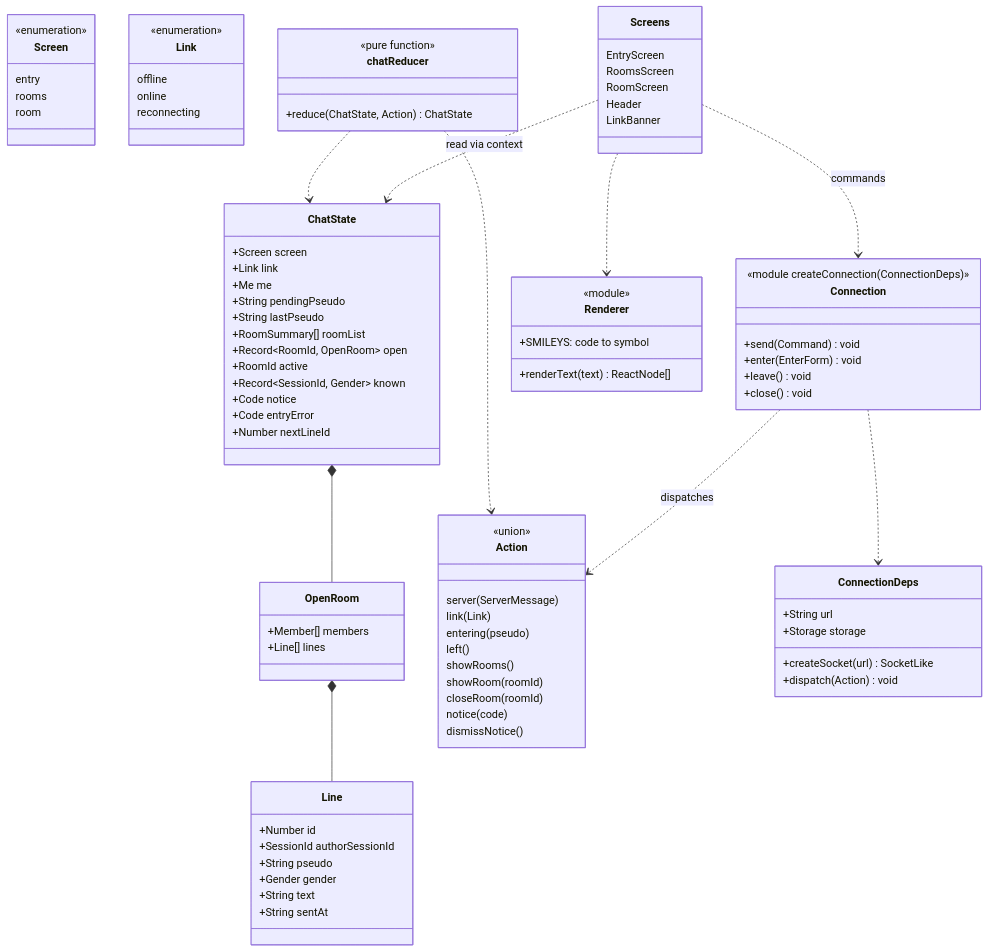
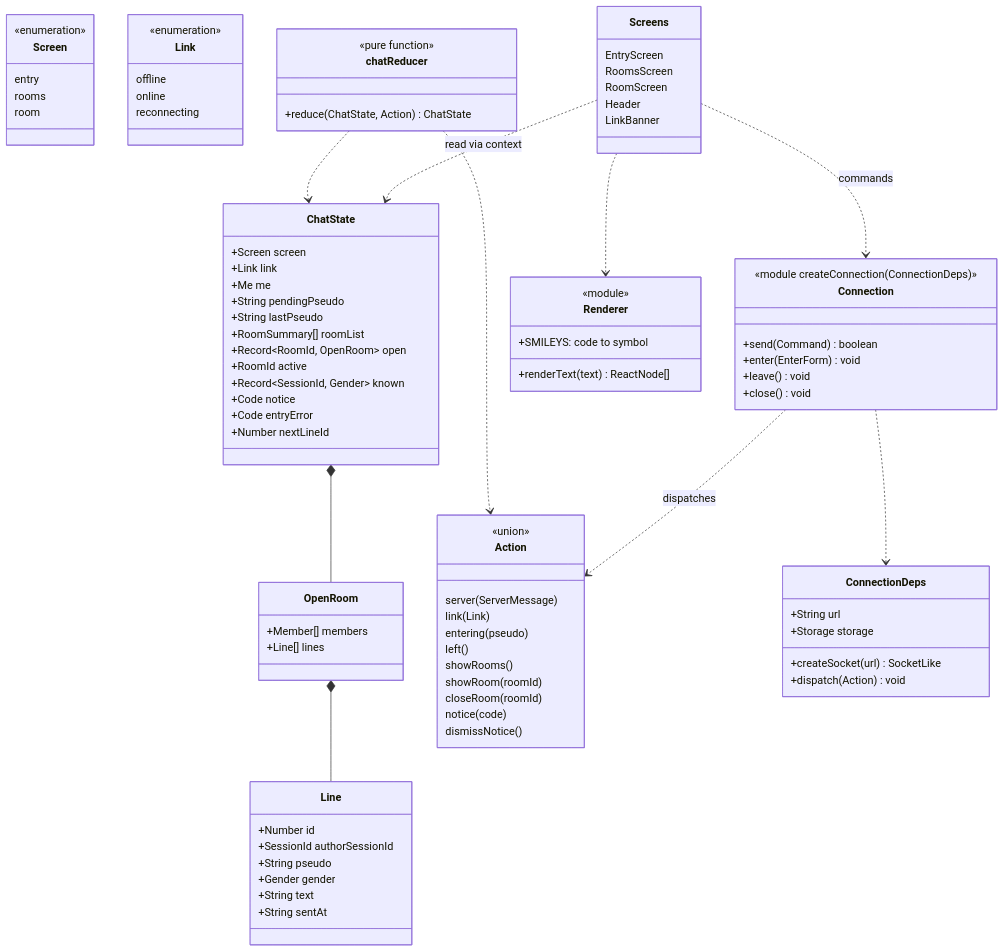
One commit to benoit-bremaud/asv changed the diagram in docs/architecture/diagrams/web-ui/04-class-client-state.md. Above: the diagram before and after it, drawn with Mermaid. The commit also changed other lines of this file and 5 other files, not shown here.

```diff
--- a/docs/architecture/diagrams/web-ui/04-class-client-state.md
+++ b/docs/architecture/diagrams/web-ui/04-class-client-state.md
@@ -72,7 +72,7 @@
   }
   class Connection {
     <<module createConnection(ConnectionDeps)>>
-    +send(Command) void
+    +send(Command) boolean
     +enter(EnterForm) void
     +leave() void
     +close() void
```
